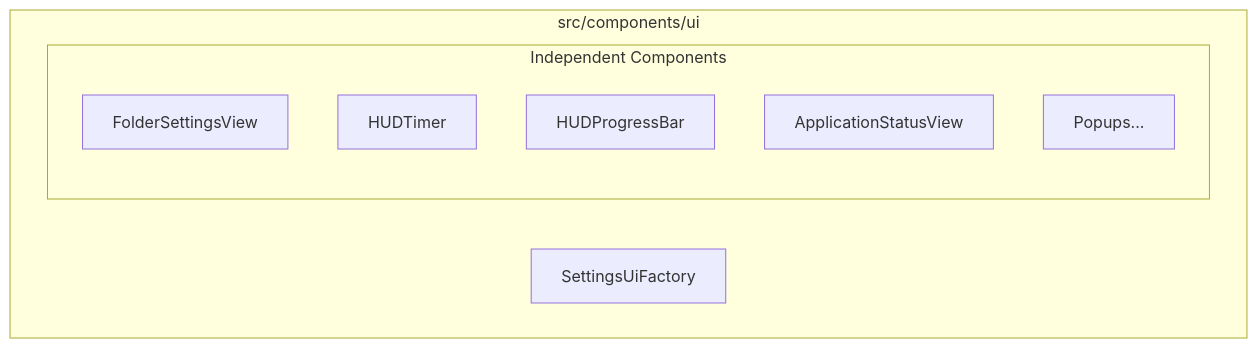
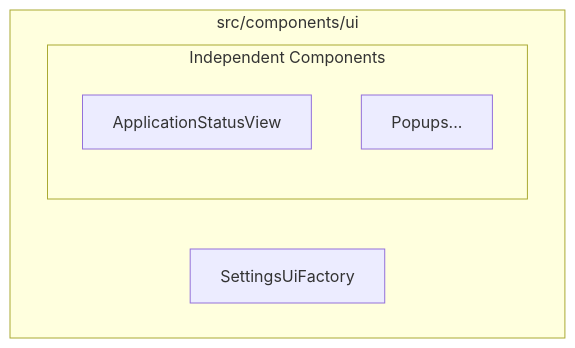
Before and after one commit to H1410101/raw_output: the second of 2 diagrams in src/components/ui/_docs.md, drawn with Mermaid. The commit also changed other lines of this file and 80 other files, not shown here.

````diff
--- a/src/components/ui/_docs.md
+++ b/src/components/ui/_docs.md
@@ -56,16 +47,13 @@
 ```mermaid
 graph TD
     subgraph "src/components/ui"
         subgraph "Independent Components"
-            FolderSettingsView
-            HUDTimer
-            HUDProgressBar
             Status[ApplicationStatusView]
             Popups[Popups...]
         end
         
         Factory[SettingsUiFactory]
     end
     
     %% No significant internal coupling between these components
 ```
````
